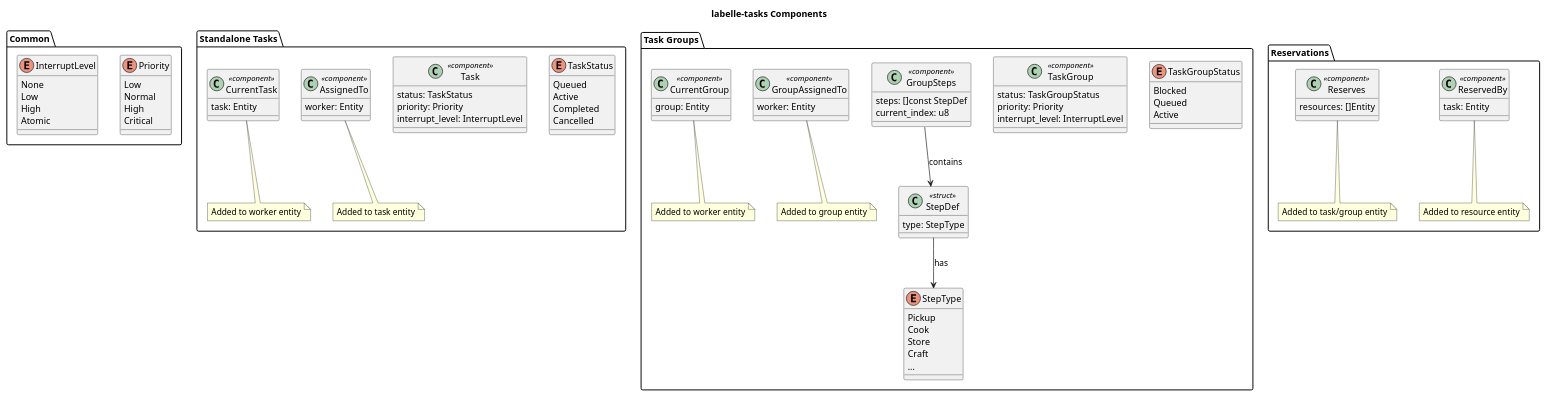
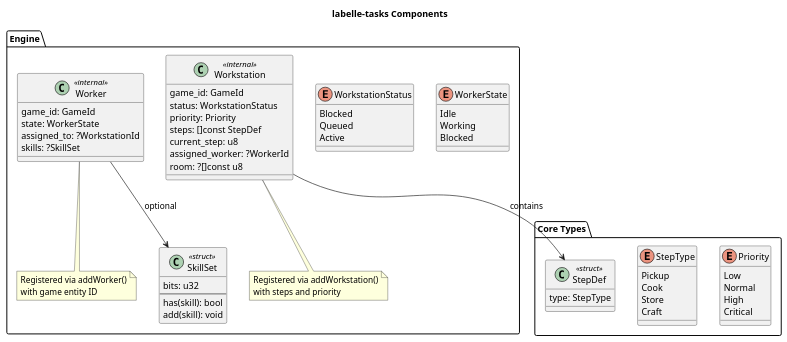
One commit to labelle-toolkit/labelle-tasks changed the diagram in uml/components.puml. Above: the diagram before and after it, drawn with PlantUML. The commit also changed 41 other files, not shown here.

```diff
--- a/uml/components.puml
+++ b/uml/components.puml
@@ -1,119 +1,75 @@
 @startuml components
 title labelle-tasks Components
 
-package "Common" {
+package "Core Types" {
   enum Priority {
     Low
     Normal
     High
     Critical
   }
 
-  enum InterruptLevel {
-    None
-    Low
-    High
-    Atomic
+  enum StepType {
+    Pickup
+    Cook
+    Store
+    Craft
+  }
+
+  class StepDef <<struct>> {
+    type: StepType
   }
 }
 
-package "Standalone Tasks" {
-  enum TaskStatus {
-    Queued
-    Active
-    Completed
-    Cancelled
+package "Engine" {
+  enum WorkerState {
+    Idle
+    Working
+    Blocked
   }
 
-  class Task <<component>> {
-    status: TaskStatus
-    priority: Priority
-    interrupt_level: InterruptLevel
-  }
-
-  class AssignedTo <<component>> {
-    worker: Entity
-  }
-
-  class CurrentTask <<component>> {
-    task: Entity
-  }
-
-  note bottom of AssignedTo
-    Added to task entity
-  end note
-
-  note bottom of CurrentTask
-    Added to worker entity
-  end note
-}
-
-package "Task Groups" {
-  enum TaskGroupStatus {
+  enum WorkstationStatus {
     Blocked
     Queued
     Active
   }
 
-  class TaskGroup <<component>> {
-    status: TaskGroupStatus
-    priority: Priority
-    interrupt_level: InterruptLevel
+  class Worker <<internal>> {
+    game_id: GameId
+    state: WorkerState
+    assigned_to: ?WorkstationId
+    skills: ?SkillSet
   }
 
-  class GroupSteps <<component>> {
+  class Workstation <<internal>> {
+    game_id: GameId
+    status: WorkstationStatus
+    priority: Priority
     steps: []const StepDef
-    current_index: u8
+    current_step: u8
+    assigned_worker: ?WorkerId
+    room: ?[]const u8
   }
 
-  class StepDef <<struct>> {
-    type: StepType
+  class SkillSet <<struct>> {
+    bits: u32
+    --
+    has(skill): bool
+    add(skill): void
   }
 
-  enum StepType {
-    Pickup
-    Cook
-    Store
-    Craft
-    ...
-  }
-
-  class GroupAssignedTo <<component>> {
-    worker: Entity
-  }
-
-  class CurrentGroup <<component>> {
-    group: Entity
-  }
-
-  GroupSteps --> StepDef : contains
-  StepDef --> StepType : has
-
-  note bottom of GroupAssignedTo
-    Added to group entity
+  note bottom of Worker
+    Registered via addWorker()
+    with game entity ID
   end note
 
-  note bottom of CurrentGroup
-    Added to worker entity
-  end note
-}
-
-package "Reservations" {
-  class ReservedBy <<component>> {
-    task: Entity
-  }
-
-  class Reserves <<component>> {
-    resources: []Entity
-  }
-
-  note bottom of ReservedBy
-    Added to resource entity
+  note bottom of Workstation
+    Registered via addWorkstation()
+    with steps and priority
   end note
 
-  note bottom of Reserves
-    Added to task/group entity
-  end note
+  Workstation --> StepDef : contains
+  Worker --> SkillSet : optional
 }
 
 @enduml
```
